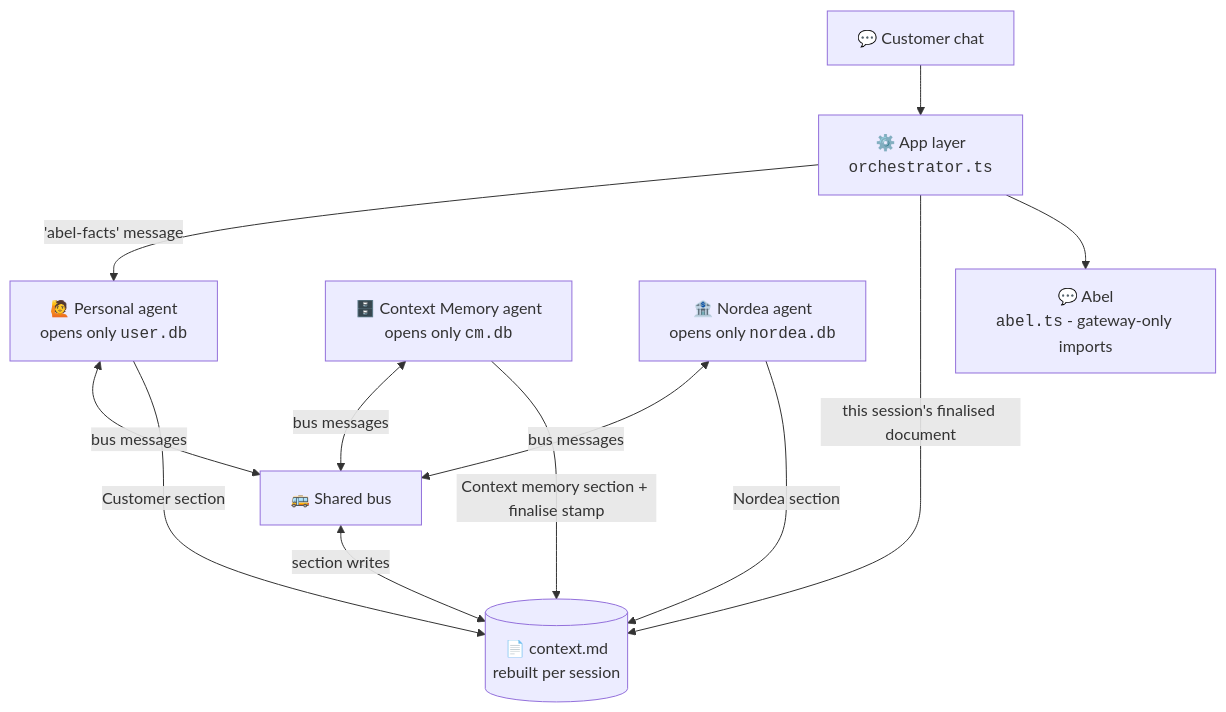
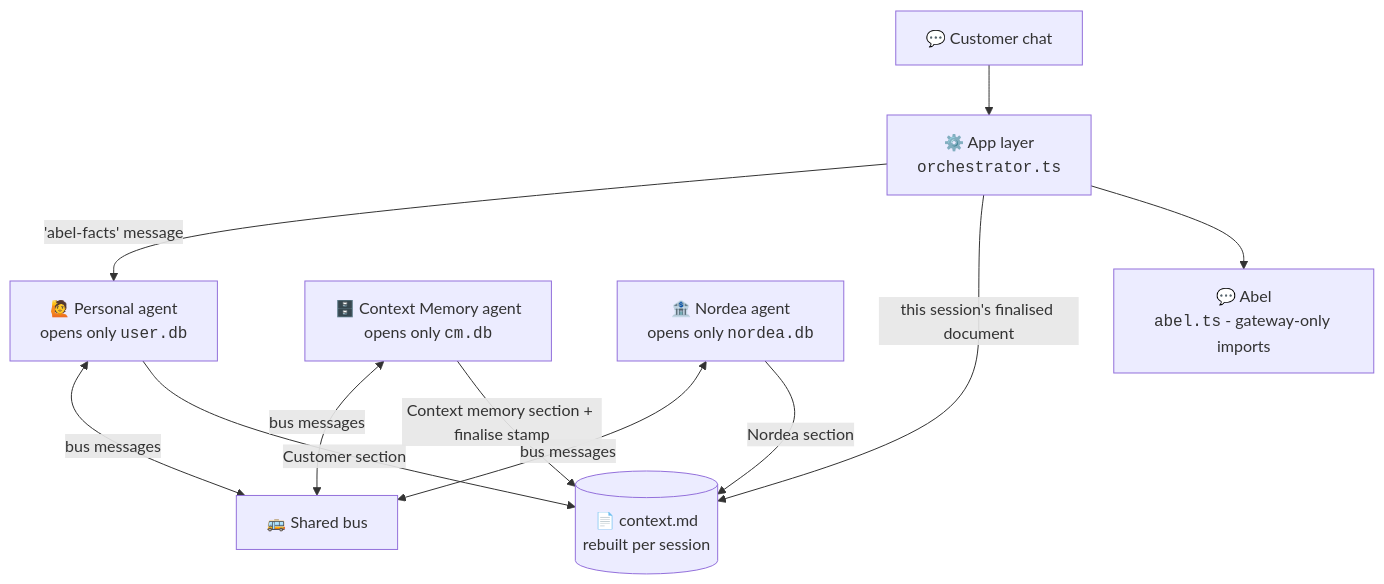
One commit to coolkowkank/Nordea-x-Aalto-Banking- changed the diagram in README.md. Above: the diagram before and after it, drawn with Mermaid. The commit also changed other lines of this file, not shown here.

Commit message:
F29 R1-R7: Node 22.13+, --target file note, DEV_MONITOR=1, all five decay signals, Mermaid writer edges, airlock reject route, dispute wording per F30. TURN: Instinct (review.md follows)

````diff
--- a/README.md
+++ b/README.md
@@ -46,14 +46,13 @@
 ```mermaid
 flowchart TD
     CHAT["💬 Customer chat"] --> APP["⚙️ App layer<br/><code>orchestrator.ts</code>"]
     APP -->|"'abel-facts' message"| PA["🙋 Personal agent<br/>opens only <code>user.db</code>"]
     APP -->|"this session's finalised document"| CTX[("📄 context.md<br/>rebuilt per session")]
     PA <-->|"bus messages"| BUS["🚌 Shared bus"]
     CM["🗄️ Context Memory agent<br/>opens only <code>cm.db</code>"] <-->|"bus messages"| BUS
     NOR["🏦 Nordea agent<br/>opens only <code>nordea.db</code>"] <-->|"bus messages"| BUS
-    BUS <-->|"section writes"| CTX
     PA -->|"Customer section"| CTX
     CM -->|"Context memory section + finalise stamp"| CTX
     NOR -->|"Nordea section"| CTX
     APP --> ABEL["💬 Abel<br/><code>abel.ts</code> - gateway-only imports"]
 ```
````
